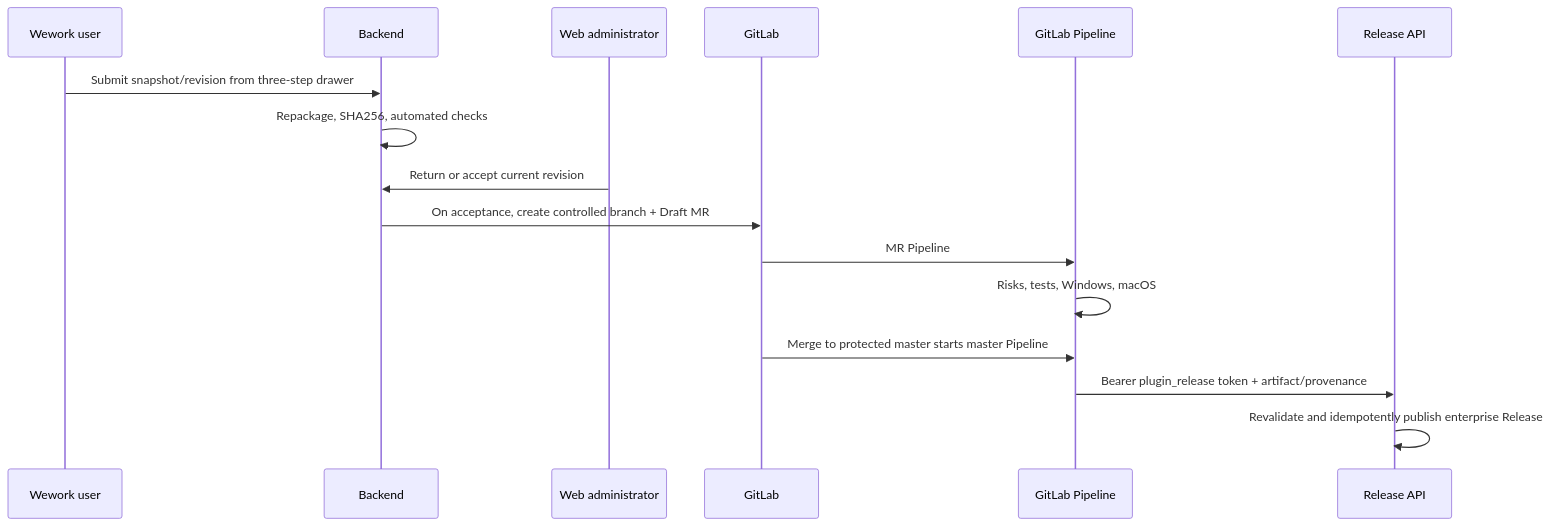
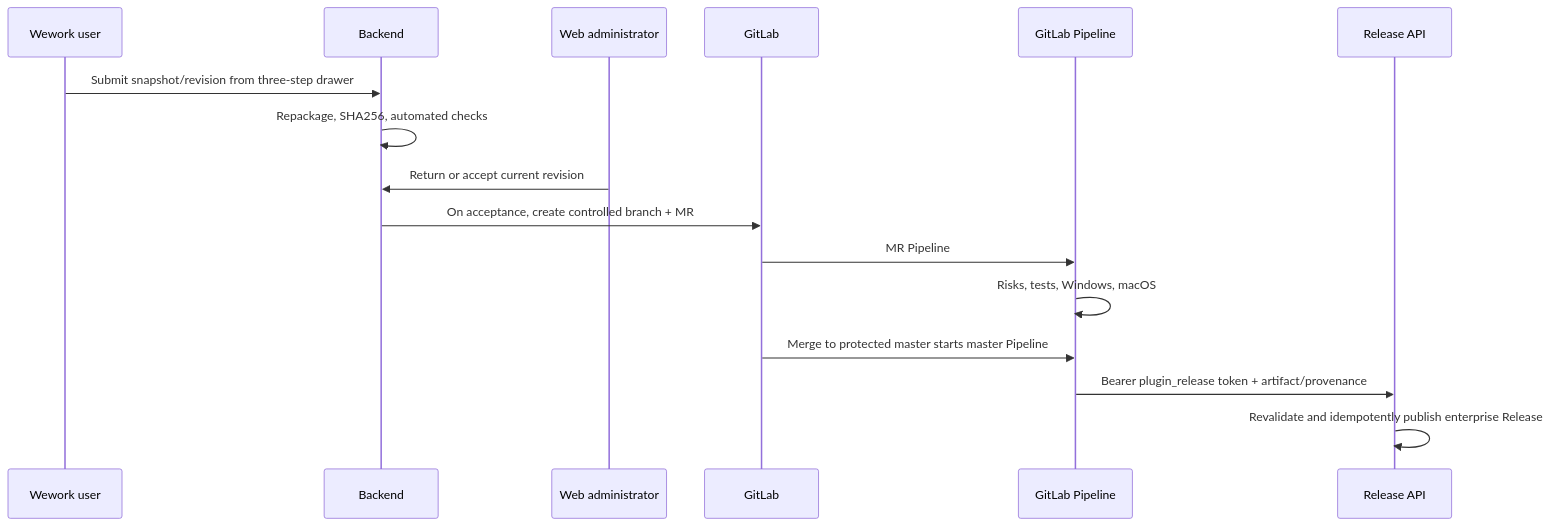
One commit to wecode-ai/Wegent changed the third of 3 diagrams in docs/en/wework/developer-guide/plugin-marketplace-v2.md. Above: the diagram before and after it, drawn with Mermaid. The commit also changed other lines of this file and 77 other files, not shown here.

````diff
--- a/docs/en/wework/developer-guide/plugin-marketplace-v2.md
+++ b/docs/en/wework/developer-guide/plugin-marketplace-v2.md
@@ -286,18 +286,18 @@
 ```mermaid
 sequenceDiagram
   participant U as Wework user
   participant API as Backend
   participant A as Web administrator
   participant GL as GitLab
   participant CI as GitLab Pipeline
   participant R as Release API
   U->>API: Submit snapshot/revision from three-step drawer
   API->>API: Repackage, SHA256, automated checks
   A->>API: Return or accept current revision
-  API->>GL: On acceptance, create controlled branch + Draft MR
+  API->>GL: On acceptance, create controlled branch + MR
   GL->>CI: MR Pipeline
   CI->>CI: Risks, tests, Windows, macOS
   GL->>CI: Merge to protected master starts master Pipeline
   CI->>R: Bearer plugin_release token + artifact/provenance
   R->>R: Revalidate and idempotently publish enterprise Release
 ```
````
